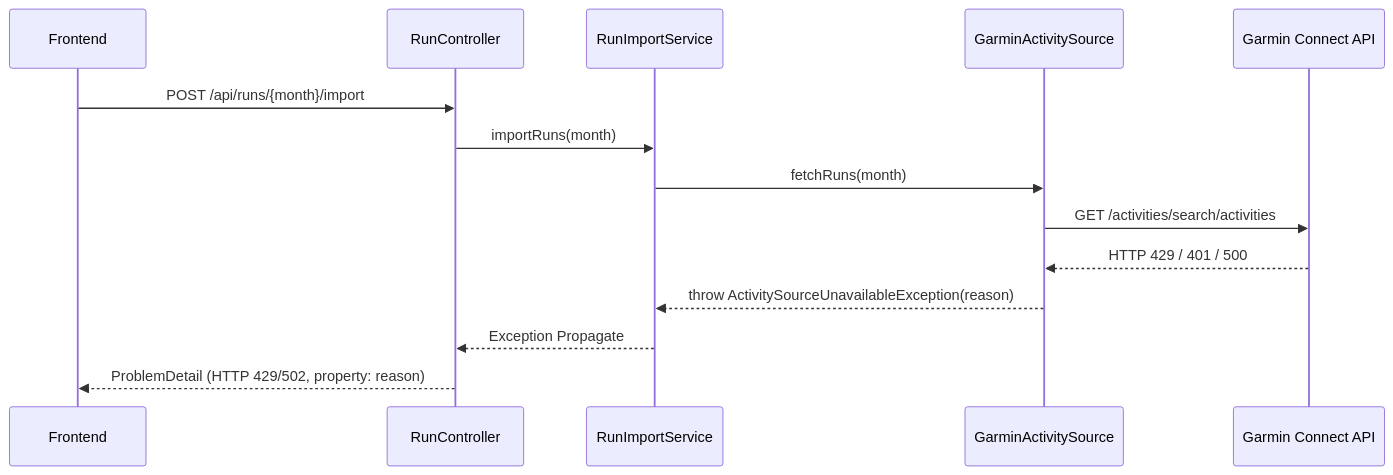
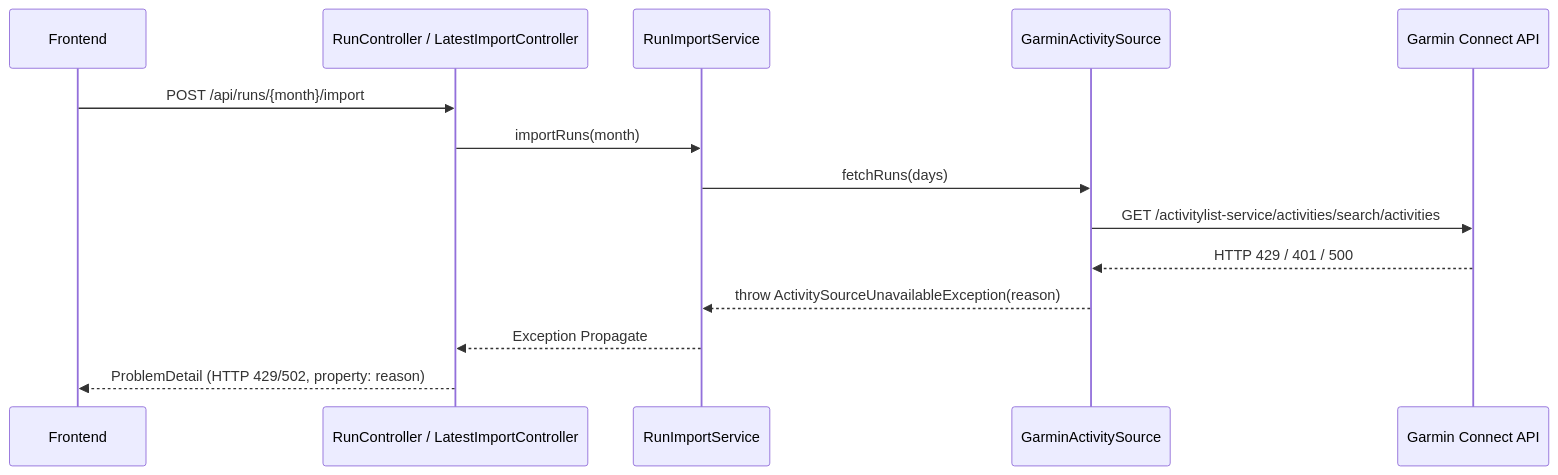
The third of 4 diagrams in openwiki/architecture/patterns.md (tis-abe-akira/run-buddy), drawn with Mermaid before and after one commit. The commit also changed other lines of this file and 12 other files, not shown here.

````diff
--- a/openwiki/architecture/patterns.md
+++ b/openwiki/architecture/patterns.md
@@ -222,17 +250,17 @@
 ```mermaid
 sequenceDiagram
     participant UI as Frontend
-    participant Ctrl as RunController
+    participant Ctrl as RunController / LatestImportController
     participant Svc as RunImportService
     participant Src as GarminActivitySource
     participant API as Garmin Connect API
 
     UI->>Ctrl: POST /api/runs/{month}/import
     Ctrl->>Svc: importRuns(month)
-    Svc->>Src: fetchRuns(month)
-    Src->>API: GET /activities/search/activities
+    Svc->>Src: fetchRuns(days)
+    Src->>API: GET /activitylist-service/activities/search/activities
     API-->>Src: HTTP 429 / 401 / 500
     Src-->>Svc: throw ActivitySourceUnavailableException(reason)
     Svc-->>Ctrl: Exception Propagate
     Ctrl-->>UI: ProblemDetail (HTTP 429/502, property: reason)
 ```
````
